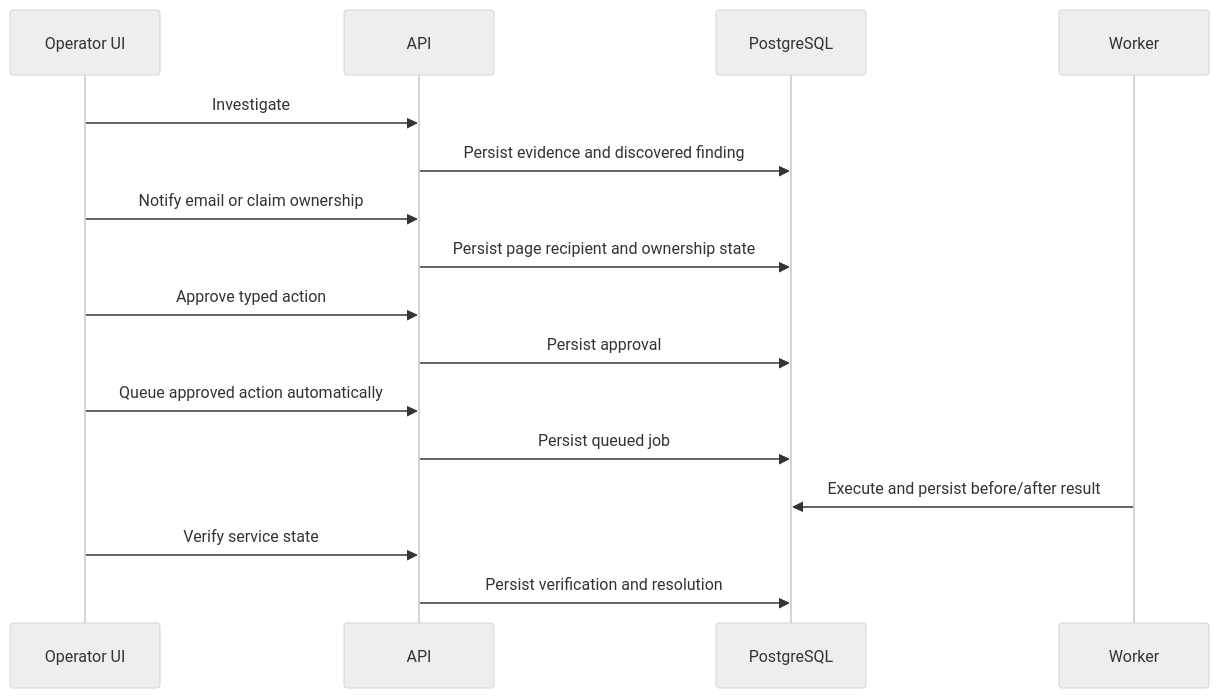
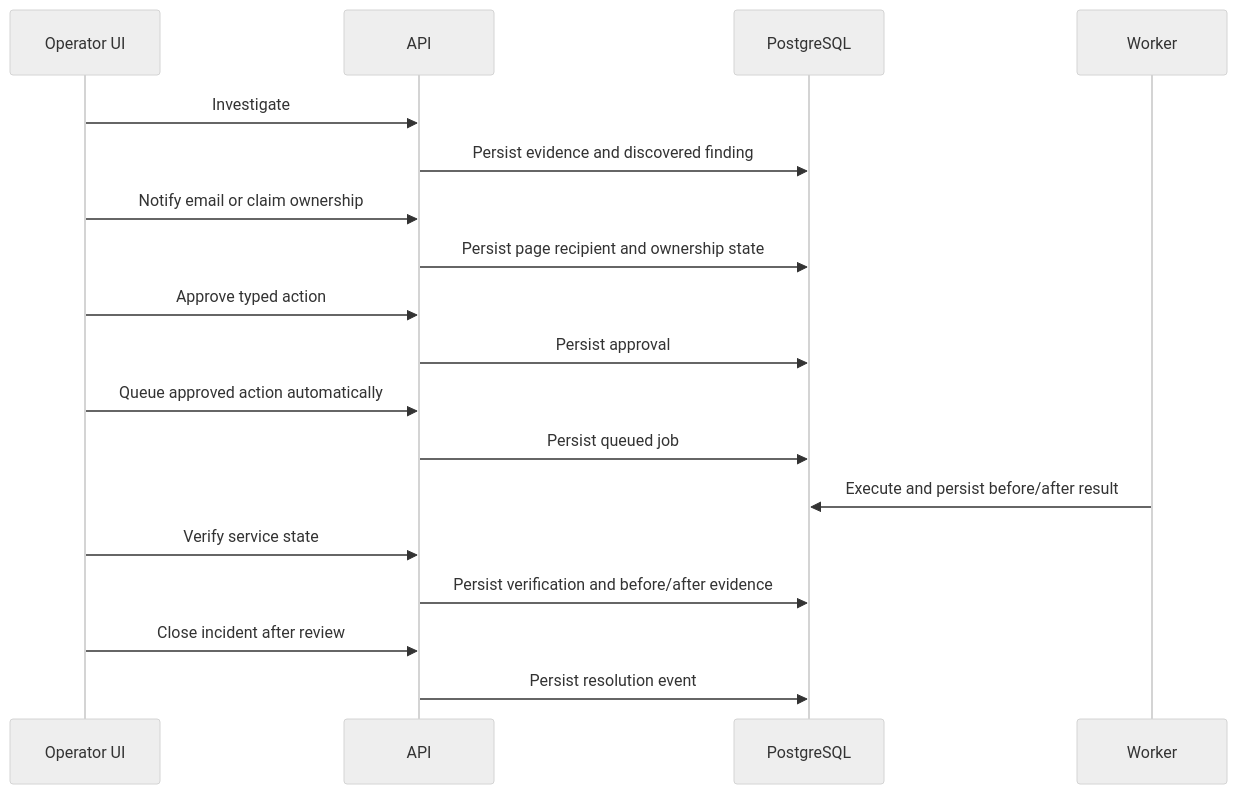
The diagram in _plan_docs/_lld_docs/03-paging-and-actions.md (safayavatsal/hero-vired-assignment), drawn with Mermaid (neutral theme) before and after one commit. The commit also changed 18 other files, not shown here.

````diff
--- a/_plan_docs/_lld_docs/03-paging-and-actions.md
+++ b/_plan_docs/_lld_docs/03-paging-and-actions.md
@@ -21,19 +21,21 @@
 ```mermaid
 sequenceDiagram
     participant U as Operator UI
     participant A as API
     participant D as PostgreSQL
     participant W as Worker
 
     U->>A: Investigate
     A->>D: Persist evidence and discovered finding
     U->>A: Notify email or claim ownership
     A->>D: Persist page recipient and ownership state
     U->>A: Approve typed action
     A->>D: Persist approval
     U->>A: Queue approved action automatically
     A->>D: Persist queued job
     W->>D: Execute and persist before/after result
     U->>A: Verify service state
-    A->>D: Persist verification and resolution
+    A->>D: Persist verification and before/after evidence
+    U->>A: Close incident after review
+    A->>D: Persist resolution event
 ```
````
